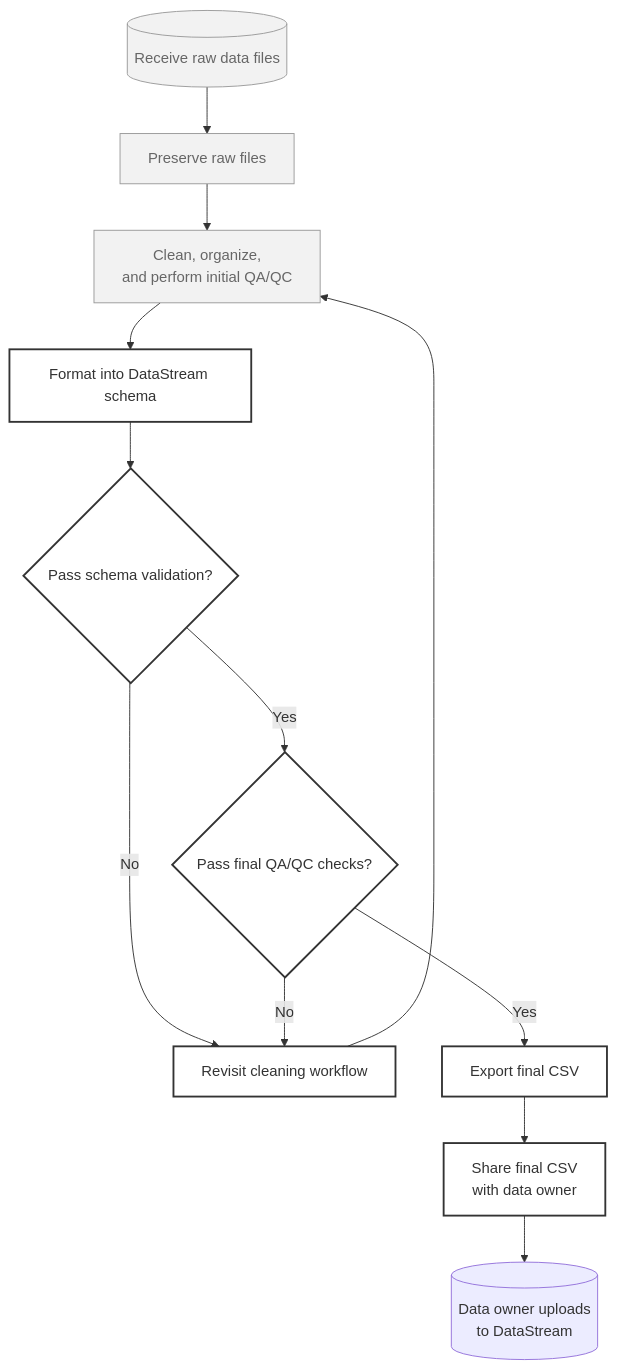
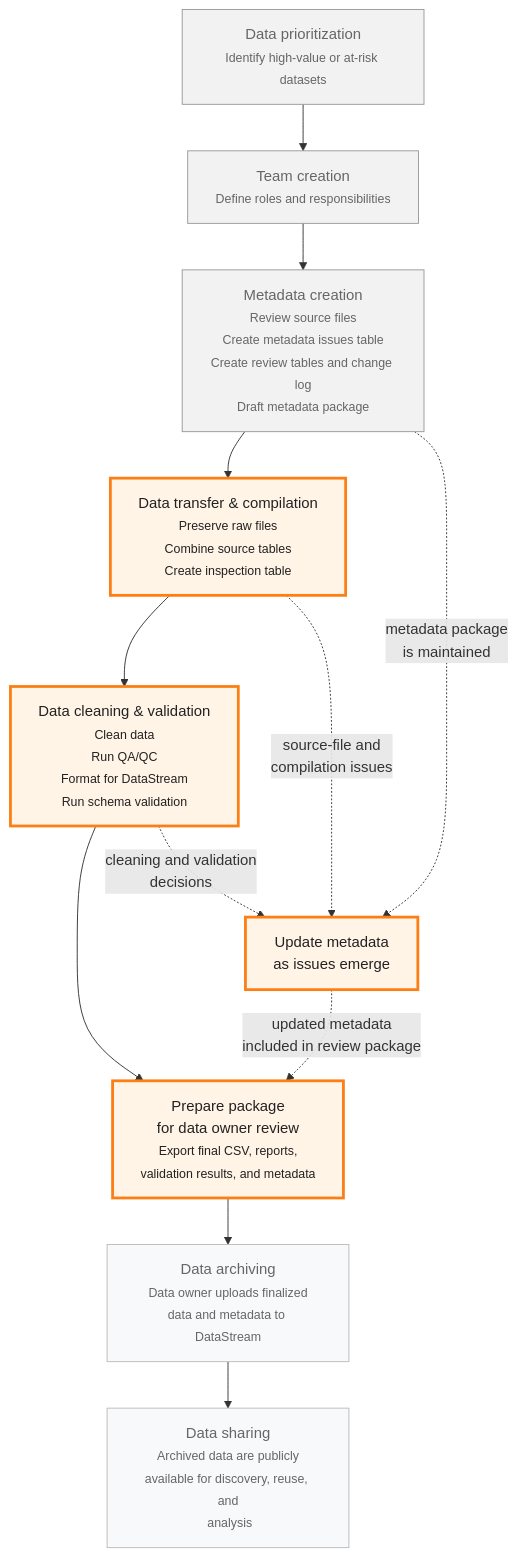
The diagram in chapters/prepare-data-datastream.qmd (brcurrinder/ldp-data-rescue-guide), drawn with Mermaid before and after one commit. The commit also changed other lines of this file and 37 other files, not shown here.

Commit message:
General formatting updates, chapter reorganizations, and new DataStream-specific chapters

````diff
--- a/chapters/prepare-data-datastream.qmd
+++ b/chapters/prepare-data-datastream.qmd
@@ -88,20 +92,36 @@
 ```{mermaid}
-%%| fig-cap: "Workflow for preparing a near-DataStream-formatted dataset for data owner review. This chapter "
+%%| fig-cap: "DataStream example workflow within the broader data rescue lifecycle. This chapter focuses on highlighted boxes: Data transfer & compilation, data cleaning & validation, metadata updates, and preparing outputs for data owner review."
 flowchart TD
-  A[(Receive raw data files)] --> B[Preserve raw files]
-  B --> C[Clean, organize,<br/>and perform initial QA/QC]
-  C --> D[Format into DataStream schema]
-  D --> E{Pass schema validation?}
-  E -- No --> F[Revisit cleaning workflow]
-  F --> C
-  E -- Yes --> G{Pass final QA/QC checks?}
-  G -- No --> F
-  G -- Yes --> H[Export final CSV]
-  H --> I[Share final CSV<br/>with data owner]
-  I --> J[(Data owner uploads<br/>to DataStream)]
+  S1["Data prioritization<br/><small>Identify high-value or at-risk datasets</small>"]
+
+  S2["Team creation<br/><small>Define roles and responsibilities</small>"]
+
+  S3["Metadata creation<br/><small>Review source files<br/>Create metadata issues table<br/>Create review tables and change log<br/>Draft metadata package</small>"]
+
+  S4["Data transfer & compilation<br/><small>Preserve raw files<br/>Combine source tables<br/>Create inspection table</small>"]
+
+  S5["Data cleaning & validation<br/><small>Clean data<br/>Run QA/QC<br/>Format for DataStream<br/>Run schema validation</small>"]
+
+  U["Update metadata<br/>as issues emerge"]
+
+  R["Prepare package<br/>for data owner review<br/><small>Export final CSV, reports,<br/>validation results, and metadata</small>"]
+
+  S6["Data archiving<br/><small>Data owner uploads finalized<br/>data and metadata to DataStream</small>"]
+
+  S7["Data sharing<br/><small>Archived data are publicly<br/>available for discovery, reuse, and<br/> analysis</small>"]
+
+  S1 --> S2 --> S3 --> S4 --> S5 --> R --> S6 --> S7
+
+  S3 -. "metadata package<br/>is maintained" .-> U
+  S4 -. "source-file and<br/>compilation issues" .-> U
+  S5 -. "cleaning and validation<br/>decisions" .-> U
+  U -. "updated metadata<br/>included in review package" .-> R
 
   classDef prior fill:#f2f2f2,stroke:#999,color:#666;
-  classDef current fill:#ffffff,stroke:#333,stroke-width:2px;
-  class A,B,C prior;
-  class D,E,F,G,H,I current;
+  classDef focusData fill:#fff4e6,stroke:#fd7e14,stroke-width:3px,color:#222;
+  classDef later fill:#f8f9fa,stroke:#bbb,color:#666;
+
+  class S1,S2,S3 prior;
+  class S4,S5,U,R focusData;
+  class S6,S7 later;
 ```
````
